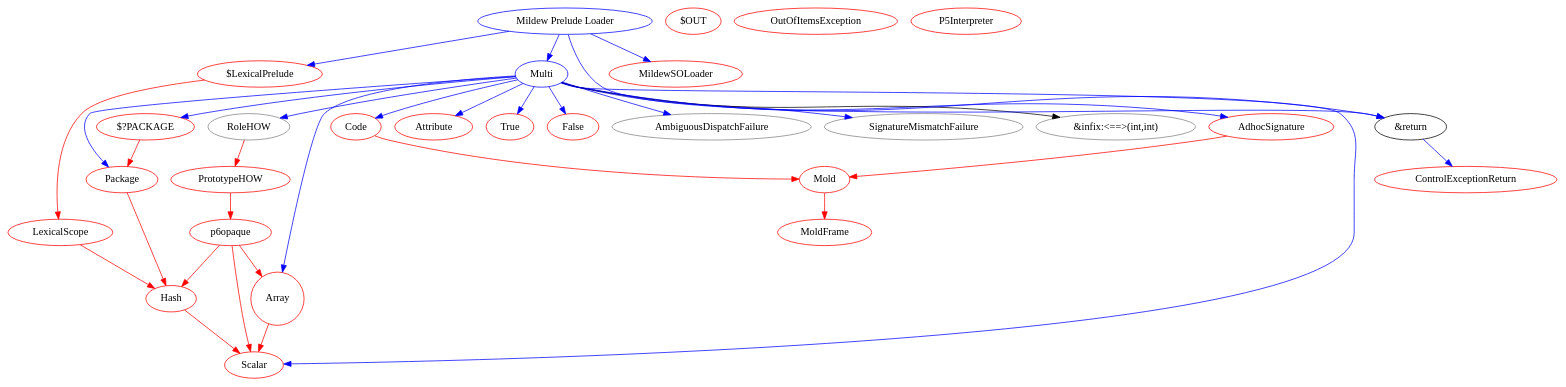
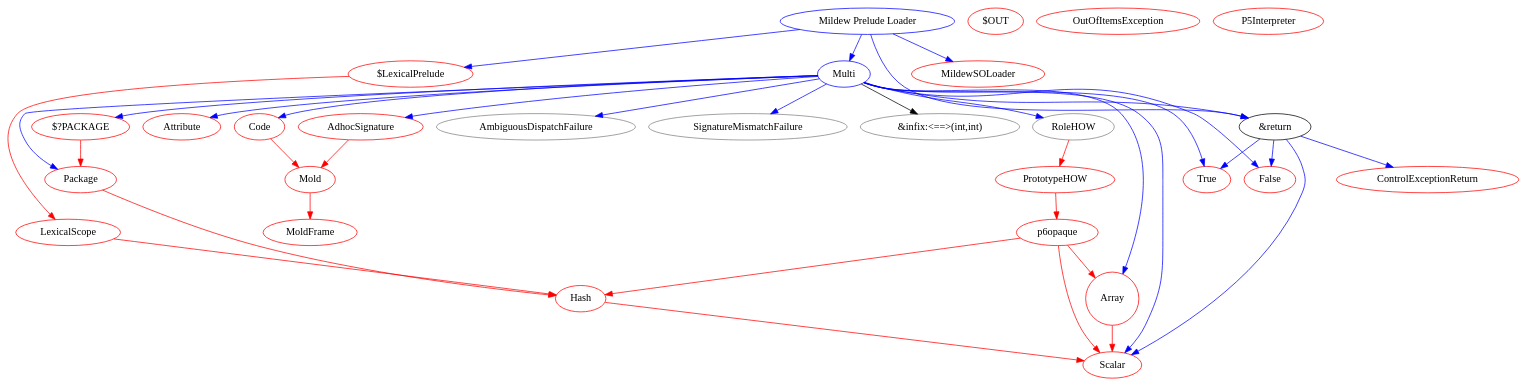
One commit to Raku/mu changed the diagram in v6/mildew/bootstrap.dot. Above: the diagram before and after it, drawn with Graphviz. The commit also changed 2 other files, not shown here.

```diff
--- a/v6/mildew/bootstrap.dot
+++ b/v6/mildew/bootstrap.dot
@@ -1,115 +1,117 @@
 digraph "SMOP and Mildew Typesystem Bootstrap"
 {
 
  /*
   * This are the types defined in the SMOP initialization.
   *
   * gray nodes mean nodes that are going to be defined in C.
   * Red nodes mean nodes defined in C or C+m0ld.
   * Red links mean C symbol lookup, instead of lexical lookup.
   */
 
  s1p_hash [color=red, label=Hash]; s1p_array [shape=circle,
  color=red, label=Array]; s1p_io [color=red,
  label="$OUT"]; mold [color=red, label=Mold];
  mold_frame[color=red, label=MoldFrame];
 
  mold -> mold_frame [color=red];
 
  s1p_code [color=red, label=Code];
  s1p_package [color=red, label=Package];
  outer_package [color=red, label="$?PACKAGE"];
 
  outer_package -> s1p_package [color=red];
  s1p_package -> s1p_hash [color=red];
  s1p_code -> mold [color=red];
  
  s1p_adhoc_signature [color=red, label="AdhocSignature"];
 
  s1p_adhoc_signature -> mold [color=red];
 
  s1p_scalar [color=red, label="Scalar"];
 
  s1p_hash -> s1p_scalar [color=red];
  s1p_array -> s1p_scalar [color=red];
 
  s1p_attribute [color=red, label=Attribute];
 
  p6opaque [color=red]
 
  p6opaque -> s1p_hash [color=red];
  p6opaque -> s1p_scalar [color=red];
  p6opaque -> s1p_array [color=red];
 
  s1p_prototypehow [color=red, label=PrototypeHOW];
 
  s1p_prototypehow -> p6opaque [color=red]
 
  controlexceptionreturn [color=red, label=ControlExceptionReturn];
 
  outofitemsexception [color=red, label=OutOfItemsException];
 
  p5interpreter [color=red, label=P5Interpreter];
 
  s1p_lexicalscope [color=red, label=LexicalScope];
 
  s1p_lexicalscope -> s1p_hash [color=red];
 
  lexical_prelude_var [color=red, label="$LexicalPrelude"];
 
  lexical_prelude_var -> s1p_lexicalscope [color=red];
 
  mildewsoloader [color=red, label="MildewSOLoader"];
 
  native_bool_true [color=red, label="True"];
  native_bool_false [color=red, label="False"];
 
  s1p_rolehow [color=gray, label="RoleHOW"];
  s1p_rolehow -> s1p_prototypehow [color=red];
 
  ambiguousdispatchfailure [color=gray, label="AmbiguousDispatchFailure"];
  signaturemismatchfailure [color=gray, label="SignatureMismatchFailure"];
  infixeqeqintint [color=gray, label="&infix:<==>(int,int)"];
 
  /*
   * now we start defining types in a higher level
   *
   * nodes written in regular Perl 6 are in blue
   * nodes simplified for bootstrapping are in black
   *
   * Links in red are C symbol lookup,
   * in black are simplified lookup (multi variants by long name, for instance)
   * in blue are regular lookups
   *
   */
 
   return_s0 [color=black, label="&return"];
   return_s0 -> controlexceptionreturn [color=blue];
-  
+  return_s0 -> s1p_scalar [color=blue]; 
+  return_s0 -> native_bool_false [color=blue];
+  return_s0 -> native_bool_true [color=blue];
 
   // Multi should be reinitted some times...
   Multi_s0 [color=blue, label="Multi"];
   Multi_s0 -> s1p_rolehow [color=blue];
   Multi_s0 -> s1p_package [color=blue];
   Multi_s0 -> outer_package [color=blue];
   Multi_s0 -> s1p_adhoc_signature [color=blue];
   Multi_s0 -> s1p_attribute [color=blue];
   Multi_s0 -> s1p_array [color=blue];
   Multi_s0 -> s1p_scalar [color=blue];
   Multi_s0 -> s1p_code [color=blue];
   Multi_s0 -> return_s0 [color=blue];
   Multi_s0 -> ambiguousdispatchfailure [color=blue];
   Multi_s0 -> signaturemismatchfailure [color=blue];
   Multi_s0 -> native_bool_false [color=blue];
   Multi_s0 -> native_bool_true [color=blue];
   Multi_s0 -> infixeqeqintint [color=black];
 
   Prelude [color=blue, label="Mildew Prelude Loader"];
   Prelude -> mildewsoloader [color=blue];
   Prelude -> return_s0 [color=blue];
   Prelude -> Multi_s0 [color=blue];
   Prelude -> lexical_prelude_var [color=blue];
 
 
 
 }
```
